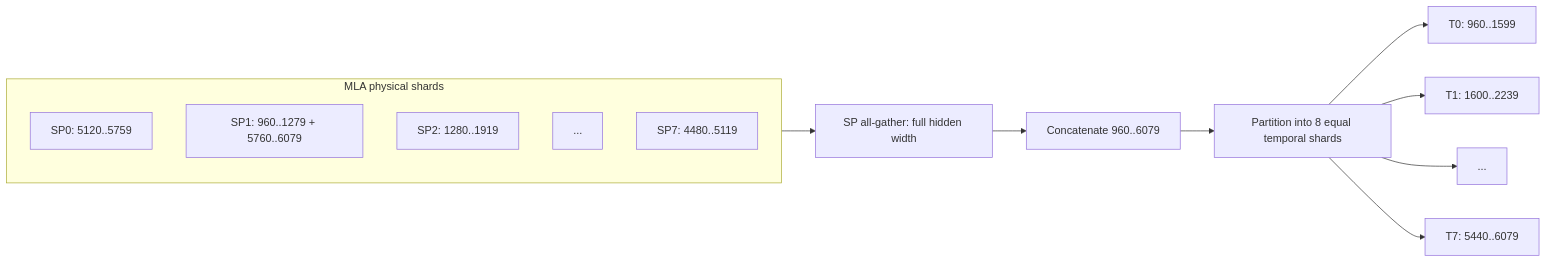
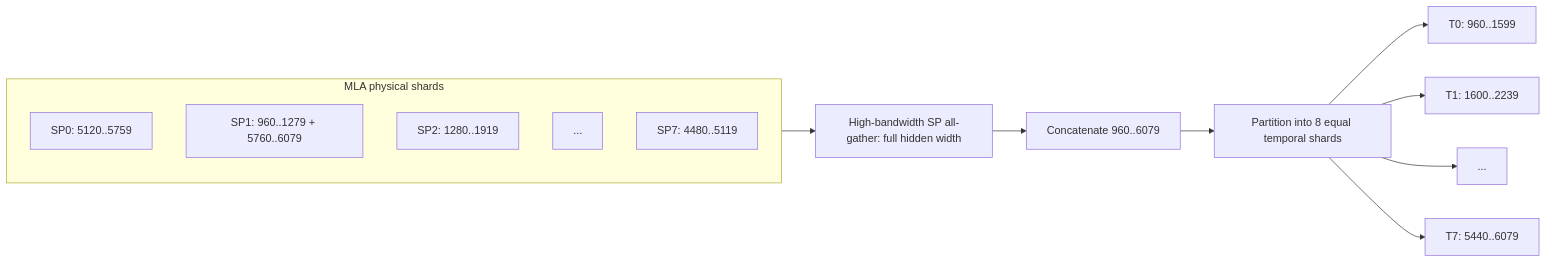
One commit to tenstorrent/tt-metal changed the second of 5 diagrams in models/demos/deepseek_v3_d_p/kda_offset_prototypes_report.md. Above: the diagram before and after it, drawn with Mermaid. The commit also changed other lines of this file and 5 other files, not shown here.

Commit message:
prototype: use high-bandwidth KDA offset reshard

````diff
--- a/models/demos/deepseek_v3_d_p/kda_offset_prototypes_report.md
+++ b/models/demos/deepseek_v3_d_p/kda_offset_prototypes_report.md
@@ -148,17 +148,17 @@
 ```mermaid
 flowchart LR
     subgraph Physical[MLA physical shards]
       P0[SP0: 5120..5759]
       P1[SP1: 960..1279 + 5760..6079]
       P2[SP2: 1280..1919]
       PX[...]
       P7[SP7: 4480..5119]
     end
-    Physical --> AG[SP all-gather: full hidden width]
+    Physical --> AG[High-bandwidth SP all-gather: full hidden width]
     AG --> Chrono[Concatenate 960..6079]
     Chrono --> MP[Partition into 8 equal temporal shards]
     MP --> T0[T0: 960..1599]
     MP --> T1[T1: 1600..2239]
     MP --> TD[...]
     MP --> T7[T7: 5440..6079]
 ```
````
